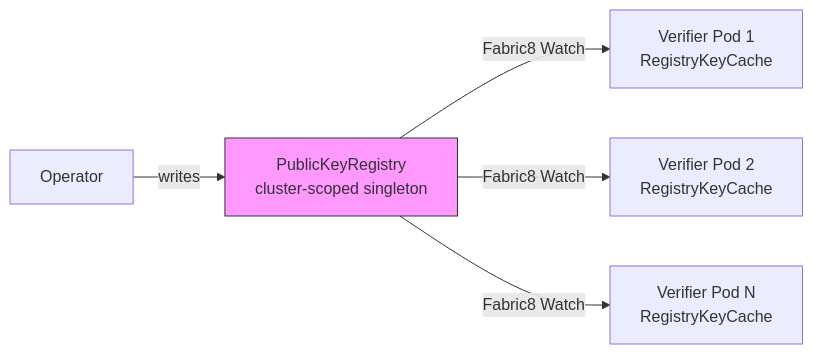
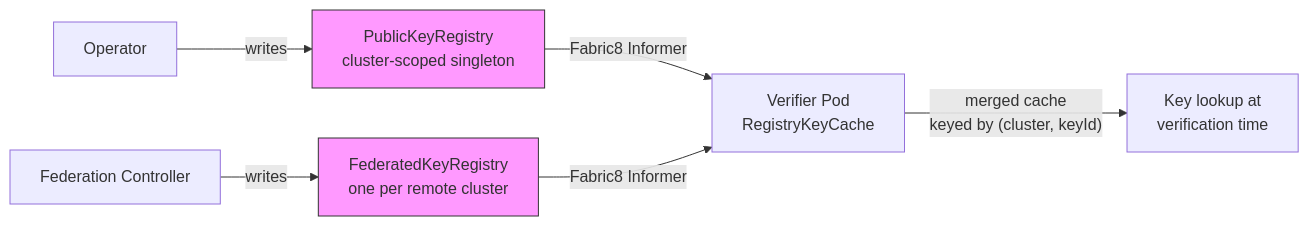
Before and after one commit to nrrso/eventing-signing-operator: the fourth of 10 diagrams in docs/FLOWCHART.md, drawn with Mermaid. The commit also changed other lines of this file, not shown here.

First line of the commit message:
chore(docs): update FLOWCHART.md for current state and add UC2 federation scenario

````diff
--- a/docs/FLOWCHART.md
+++ b/docs/FLOWCHART.md
@@ -65,9 +78,13 @@
 ```mermaid
 flowchart LR
     A[Operator] -- writes --> B[PublicKeyRegistry<br/>cluster-scoped singleton]
-    B -- Fabric8 Watch --> C[Verifier Pod 1<br/>RegistryKeyCache]
-    B -- Fabric8 Watch --> D[Verifier Pod 2<br/>RegistryKeyCache]
-    B -- Fabric8 Watch --> E[Verifier Pod N<br/>RegistryKeyCache]
+    C[Federation Controller] -- writes --> D[FederatedKeyRegistry<br/>one per remote cluster]
+
+    B -- Fabric8 Informer --> E[Verifier Pod<br/>RegistryKeyCache]
+    D -- Fabric8 Informer --> E
+
+    E -- "merged cache<br/>keyed by (cluster, keyId)" --> F[Key lookup at<br/>verification time]
 
     style B fill:#f9f,stroke:#333
+    style D fill:#f9f,stroke:#333
 ```
````
